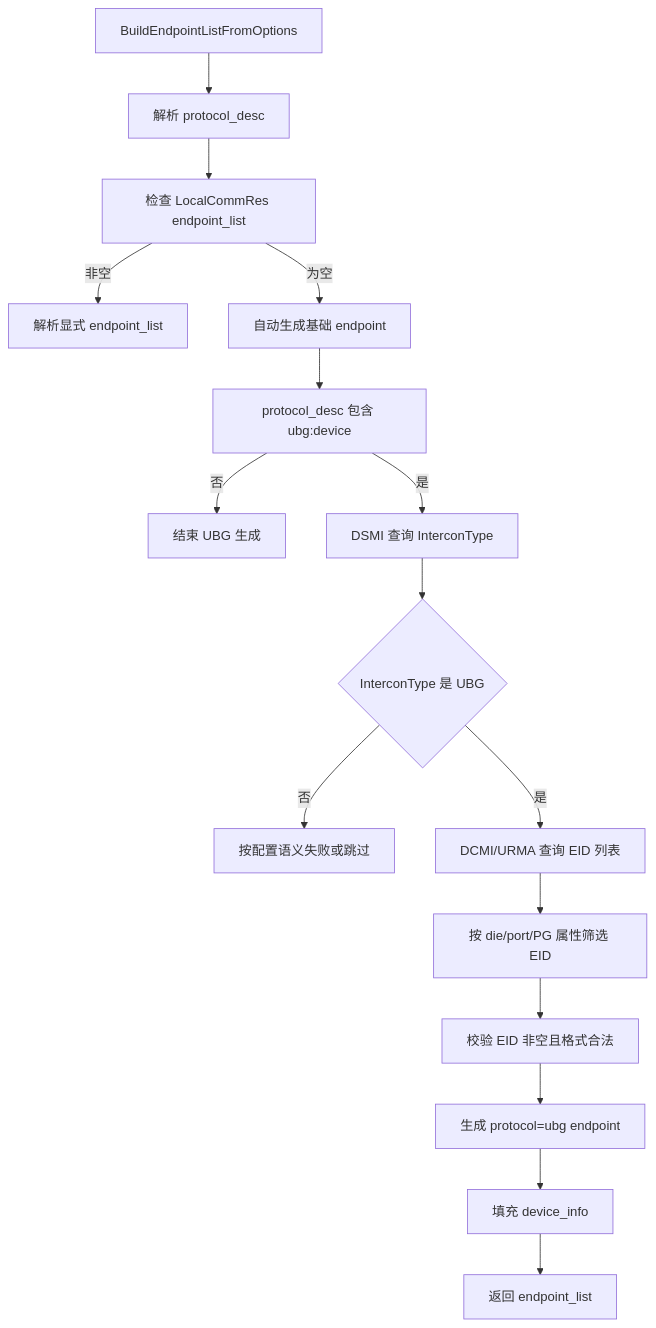
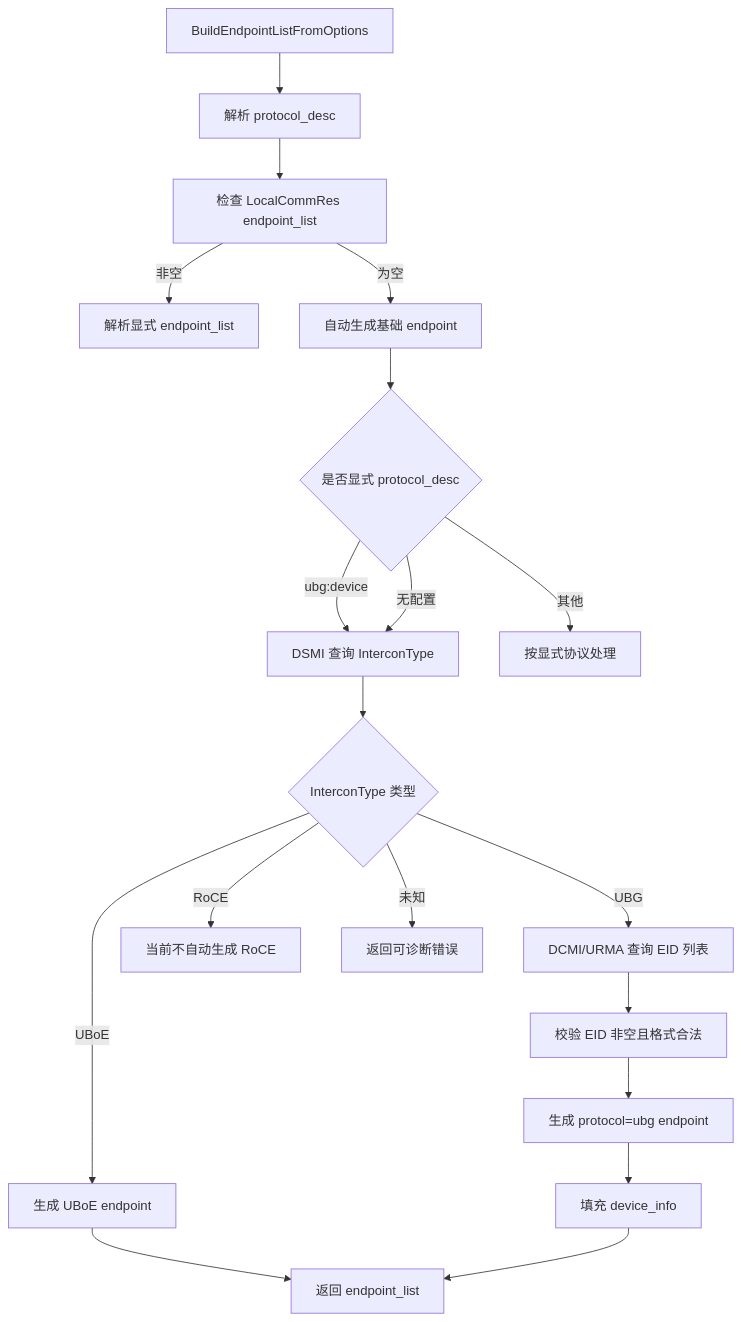
One commit to libochao-huawei/hixl changed the second of 5 diagrams in docs/design/HIXL单边通信支持UBG需求开发设计.md. Above: the diagram before and after it, drawn with Mermaid. The commit also changed other lines of this file and 1 other file, not shown here.

````diff
--- a/docs/design/HIXL单边通信支持UBG需求开发设计.md
+++ b/docs/design/HIXL单边通信支持UBG需求开发设计.md
@@ -314,18 +348,21 @@
 ```mermaid
 flowchart TD
   Start["BuildEndpointListFromOptions"] --> ParseDesc["解析 protocol_desc"]
   ParseDesc --> HasLocal["检查 LocalCommRes endpoint_list"]
   HasLocal -->|非空| ParseLocal["解析显式 endpoint_list"]
   HasLocal -->|为空| AutoGenerate["自动生成基础 endpoint"]
-  AutoGenerate --> CheckUbg["protocol_desc 包含 ubg:device"]
-  CheckUbg -->|否| EndNoUbg["结束 UBG 生成"]
-  CheckUbg -->|是| QueryType["DSMI 查询 InterconType"]
-  QueryType --> IsUbg{"InterconType 是 UBG"}
-  IsUbg -->|否| FailOrSkip["按配置语义失败或跳过"]
-  IsUbg -->|是| QueryEid["DCMI/URMA 查询 EID 列表"]
-  QueryEid --> FilterEid["按 die/port/PG 属性筛选 EID"]
-  FilterEid --> ValidateEid["校验 EID 非空且格式合法"]
+  AutoGenerate --> HasProtocolDesc{"是否显式 protocol_desc"}
+  HasProtocolDesc -->|ubg:device| QueryType["DSMI 查询 InterconType"]
+  HasProtocolDesc -->|无配置| QueryType
+  HasProtocolDesc -->|其他| OtherProtocol["按显式协议处理"]
+  QueryType --> TypeResult{"InterconType 类型"}
+  TypeResult -->|UBG| QueryEid["DCMI/URMA 查询 EID 列表"]
+  TypeResult -->|UBoE| BuildUboe["生成 UBoE endpoint"]
+  TypeResult -->|RoCE| EndNoRoce["当前不自动生成 RoCE"]
+  TypeResult -->|未知| FailOrSkip["返回可诊断错误"]
+  QueryEid --> ValidateEid["校验 EID 非空且格式合法"]
   ValidateEid --> BuildEndpoint["生成 protocol=ubg endpoint"]
   BuildEndpoint --> FillDeviceInfo["填充 device_info"]
-  FillDeviceInfo --> Finish["返回 endpoint_list"]
+  BuildUboe --> Finish["返回 endpoint_list"]
+  FillDeviceInfo --> Finish
 ```
````
